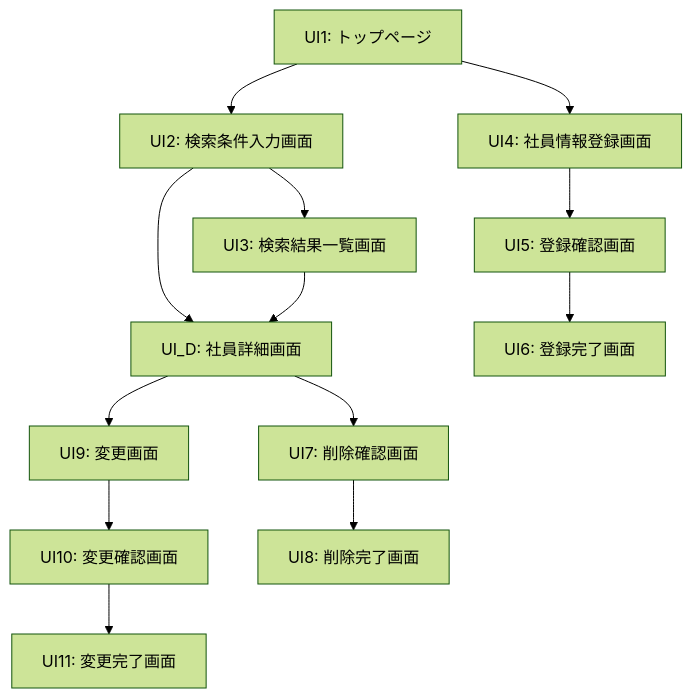
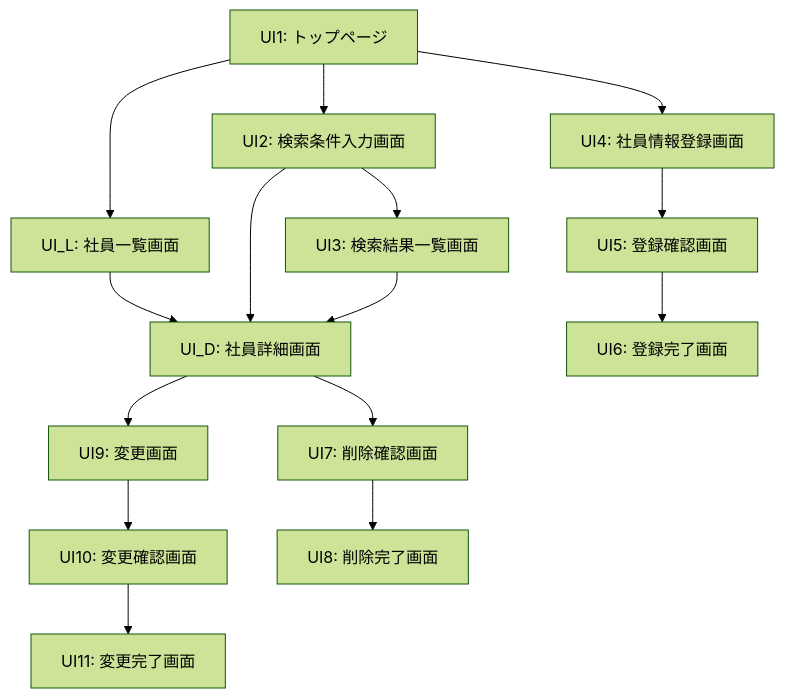
One commit to juyeongjung1/NewEIMS changed the second of 25 diagrams in EIMS_Comprehensive_Exercise_Guide.md. Above: the diagram before and after it, drawn with Mermaid (forest theme). The commit also changed other lines of this file, not shown here.

````diff
--- a/EIMS_Comprehensive_Exercise_Guide.md
+++ b/EIMS_Comprehensive_Exercise_Guide.md
@@ -533,19 +566,22 @@
 ```mermaid
 flowchart TD
-    UI1[UI1: トップページ] --> UI2[UI2: 検索条件入力画面]
+    UI1[UI1: トップページ] --> UI_L[UI_L: 社員一覧画面]
+    UI1 --> UI2[UI2: 検索条件入力画面]
     UI1 --> UI4[UI4: 社員情報登録画面]
     
-    UI2 --> UI_D[UI_D: 社員詳細画面]
+    UI_L --> UI_D[UI_D: 社員詳細画面]
+    
+    UI2 --> UI_D
     UI2 --> UI3[UI3: 検索結果一覧画面]
     UI3 --> UI_D
     
     UI4 --> UI5[UI5: 登録確認画面]
     UI5 --> UI6[UI6: 登録完了画面]
     
     UI_D --> UI9[UI9: 変更画面]
     UI9 --> UI10[UI10: 変更確認画面]
     UI10 --> UI11[UI11: 変更完了画面]
     
     UI_D --> UI7[UI7: 削除確認画面]
     UI7 --> UI8[UI8: 削除完了画面]
 ```
````
